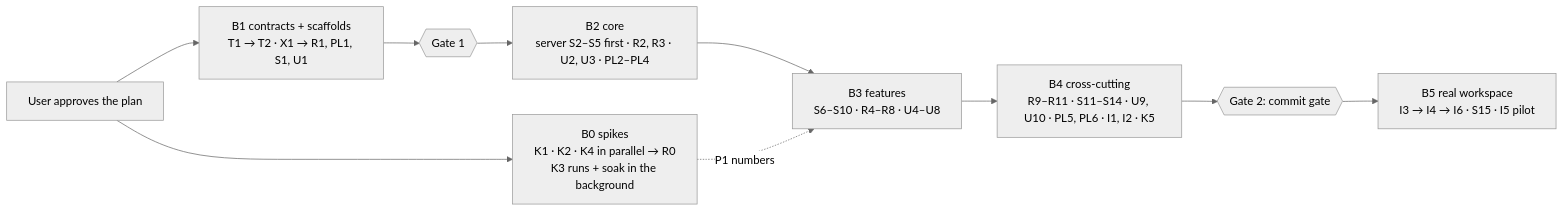
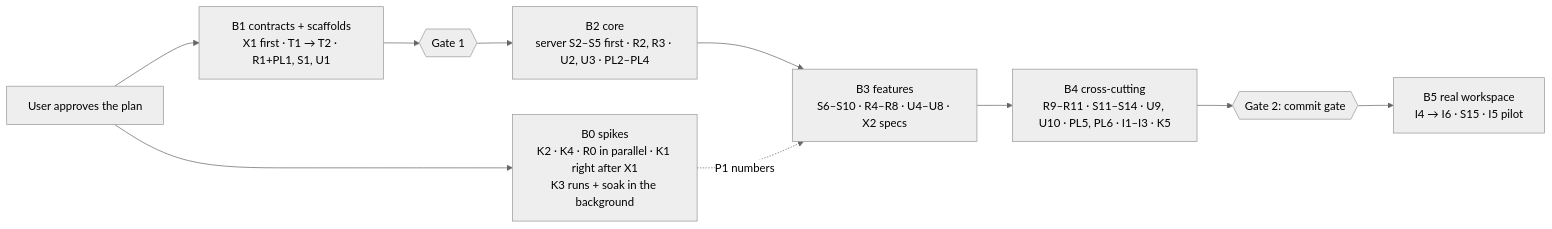
Before and after one commit to akhilshastri/session-replay: the second of 2 diagrams in plan/01-session-replay.md, drawn with Mermaid (neutral theme). The commit also changed other lines of this file and 8 other files, not shown here.

Commit message:
0011: auditor pass - X1 first, lockfile rule, X2 gate-2 specs fed by K5 day files, K2 takes seek/startup modes, R1+PL1 merged, K3 decides R9/R11/S13, I3 to B4, per-lane reviews, batch table matches dependencies

````diff
--- a/plan/01-session-replay.md
+++ b/plan/01-session-replay.md
@@ -406,12 +407,12 @@
 ```mermaid
 flowchart LR
-  A[User approves the plan] --> B0["B0 spikes<br/>K1 · K2 · K4 in parallel → R0<br/>K3 runs + soak in the background"]
-  A --> B1["B1 contracts + scaffolds<br/>T1 → T2 · X1 → R1, PL1, S1, U1"]
+  A[User approves the plan] --> B0["B0 spikes<br/>K2 · K4 · R0 in parallel · K1 right after X1<br/>K3 runs + soak in the background"]
+  A --> B1["B1 contracts + scaffolds<br/>X1 first · T1 → T2 · R1+PL1, S1, U1"]
   B1 --> G1{{Gate 1}}
   G1 --> B2["B2 core<br/>server S2–S5 first · R2, R3 · U2, U3 · PL2–PL4"]
-  B2 --> B3["B3 features<br/>S6–S10 · R4–R8 · U4–U8"]
+  B2 --> B3["B3 features<br/>S6–S10 · R4–R8 · U4–U8 · X2 specs"]
   B0 -. P1 numbers .-> B3
-  B3 --> B4["B4 cross-cutting<br/>R9–R11 · S11–S14 · U9, U10 · PL5, PL6 · I1, I2 · K5"]
+  B3 --> B4["B4 cross-cutting<br/>R9–R11 · S11–S14 · U9, U10 · PL5, PL6 · I1–I3 · K5"]
   B4 --> G2{{Gate 2: commit gate}}
-  G2 --> B5["B5 real workspace<br/>I3 → I4 → I6 · S15 · I5 pilot"]
+  G2 --> B5["B5 real workspace<br/>I4 → I6 · S15 · I5 pilot"]
 ```
````
